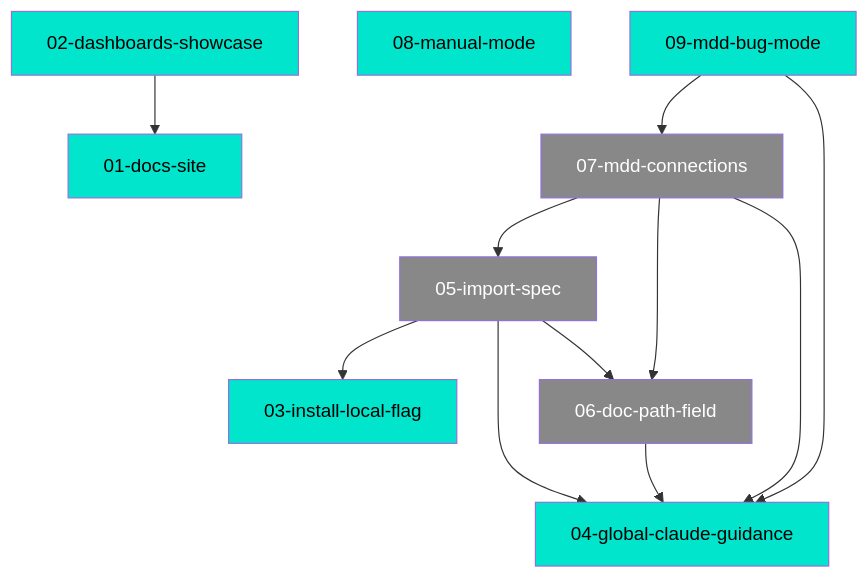
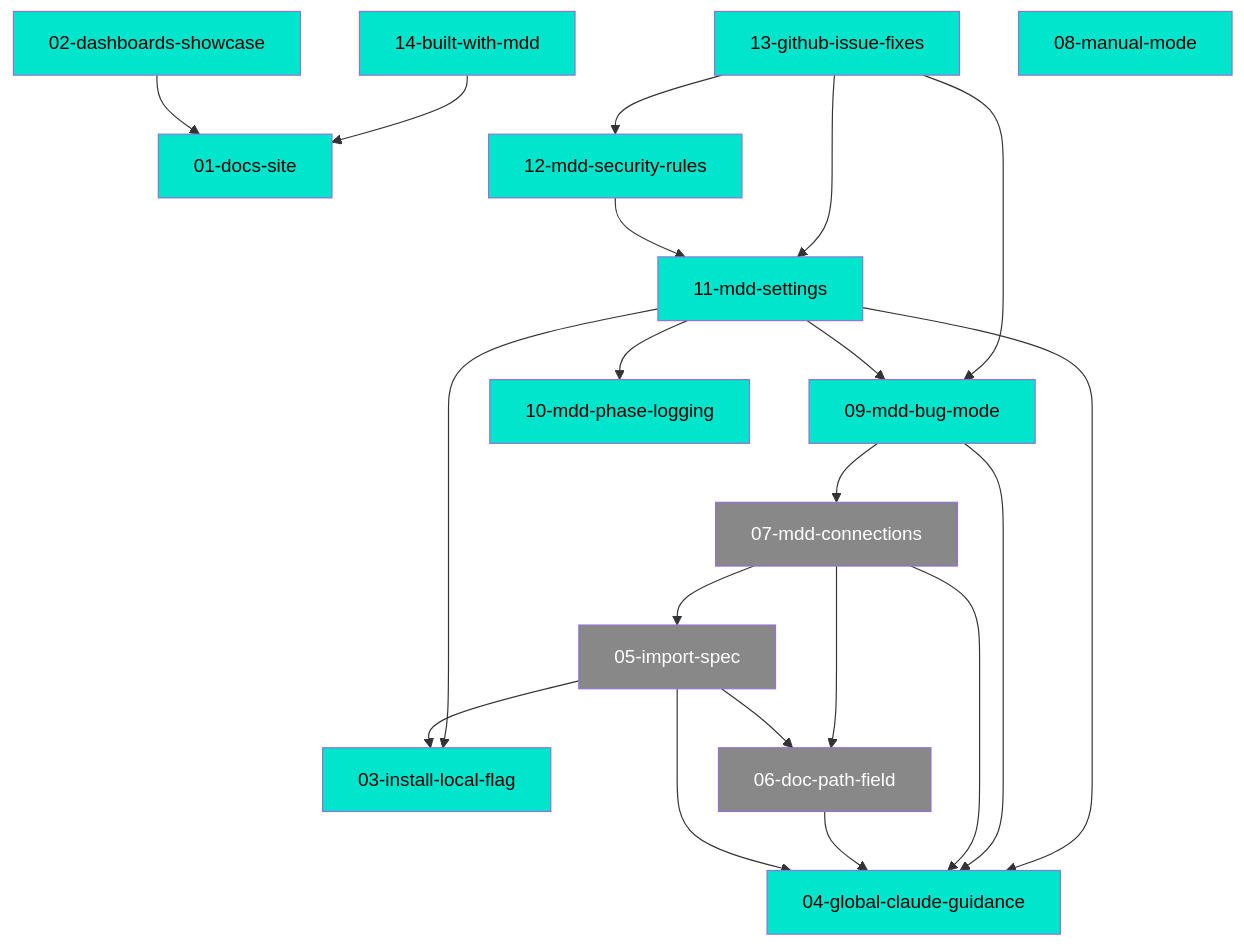
Before and after one commit to TheDecipherist/mdd: the diagram in .mdd/connections.md, drawn with Mermaid. The commit also changed other lines of this file and 1 other file, not shown here.

Commit message:
audit: full MDD codebase audit 2026-05-21 — 30 P2, 7 P3, 21 P4 findings

````diff
--- a/.mdd/connections.md
+++ b/.mdd/connections.md
@@ -28,21 +33,27 @@
 ```mermaid
 graph TD
-  N01["01-docs-site"]:::complete
-  N02["02-dashboards-showcase"]:::complete --> N01
-  N03["03-install-local-flag"]:::complete
-  N04["04-global-claude-guidance"]:::complete
-  N05["05-import-spec"]:::draft --> N03
-  N05 --> N04
-  N05 --> N06
-  N06["06-doc-path-field"]:::draft --> N04
+  N02["02-dashboards-showcase"]:::complete --> N01["01-docs-site"]:::complete
+  N05["05-import-spec"]:::draft --> N03["03-install-local-flag"]:::complete
+  N05 --> N04["04-global-claude-guidance"]:::complete
+  N05 --> N06["06-doc-path-field"]:::draft
+  N06 --> N04
   N07["07-mdd-connections"]:::draft --> N04
   N07 --> N05
   N07 --> N06
-  N08["08-manual-mode"]:::complete
   N09["09-mdd-bug-mode"]:::complete --> N04
   N09 --> N07
+  N11["11-mdd-settings"]:::complete --> N03
+  N11 --> N04
+  N11 --> N09
+  N11 --> N10["10-mdd-phase-logging"]:::complete
+  N12["12-mdd-security-rules"]:::complete --> N11
+  N13["13-github-issue-fixes"]:::complete --> N09
+  N13 --> N11
+  N13 --> N12
+  N14["14-built-with-mdd"]:::complete --> N01
+  N08["08-manual-mode"]:::complete
   classDef complete fill:#00e5cc,color:#000
   classDef in_progress fill:#ffaa00,color:#000
   classDef draft fill:#888,color:#fff
   classDef deprecated fill:#555,color:#aaa
 ```
````
